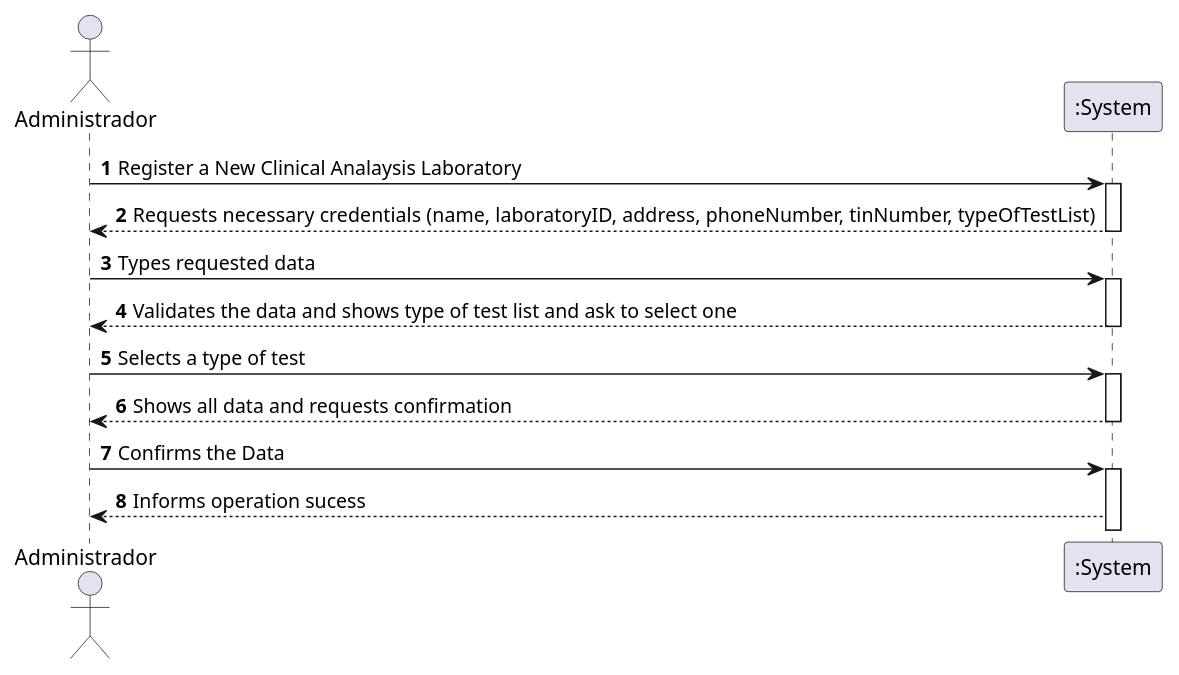
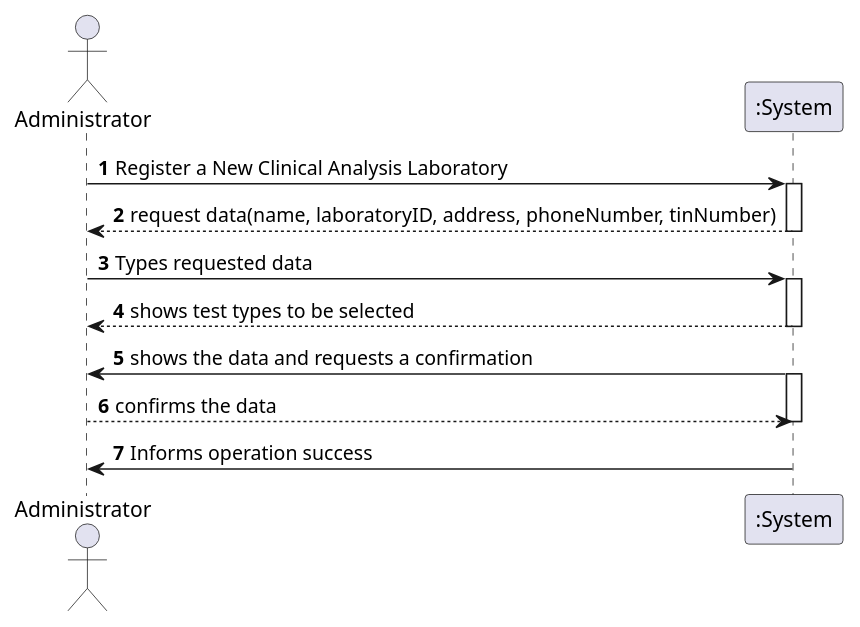
The diagram in docs/SprintC/US8/UC8_SSD.puml (GuilhermeCunha79/lapr2), drawn with PlantUML before and after one commit. The commit also changed 1 other file, not shown here.

```diff
--- a/docs/SprintC/US8/UC8_SSD.puml
+++ b/docs/SprintC/US8/UC8_SSD.puml
@@ -1,26 +1,24 @@
 @startuml
 autonumber
 'hide footbox
-actor "Administrador" as ADMIN
+actor "Administrator" as ADMIN
 
 participant ":System" as SYSTEM
 
-ADMIN -> SYSTEM : Register a New Clinical Analaysis Laboratory
+ADMIN -> SYSTEM : Register a New Clinical Analysis Laboratory
 activate SYSTEM
-SYSTEM --> ADMIN : Requests necessary credentials (name, laboratoryID, address, phoneNumber, tinNumber, typeOfTestList)
+SYSTEM --> ADMIN : request data(name, laboratoryID, address, phoneNumber, tinNumber)
 deactivate SYSTEM
 
 ADMIN -> SYSTEM : Types requested data
 activate SYSTEM
-SYSTEM --> ADMIN : Validates the data and shows type of test list and ask to select one
+SYSTEM --> ADMIN : shows test types to be selected
 deactivate SYSTEM
 
-ADMIN -> SYSTEM : Selects a type of test
+SYSTEM -> ADMIN : shows the data and requests a confirmation
 activate SYSTEM
-SYSTEM --> ADMIN : Shows all data and requests confirmation
+ADMIN --> SYSTEM : confirms the data
 deactivate SYSTEM
-ADMIN -> SYSTEM : Confirms the Data
-activate SYSTEM
-SYSTEM --> ADMIN : Informs operation sucess
+SYSTEM -> ADMIN : Informs operation success
 
 @enduml
```
